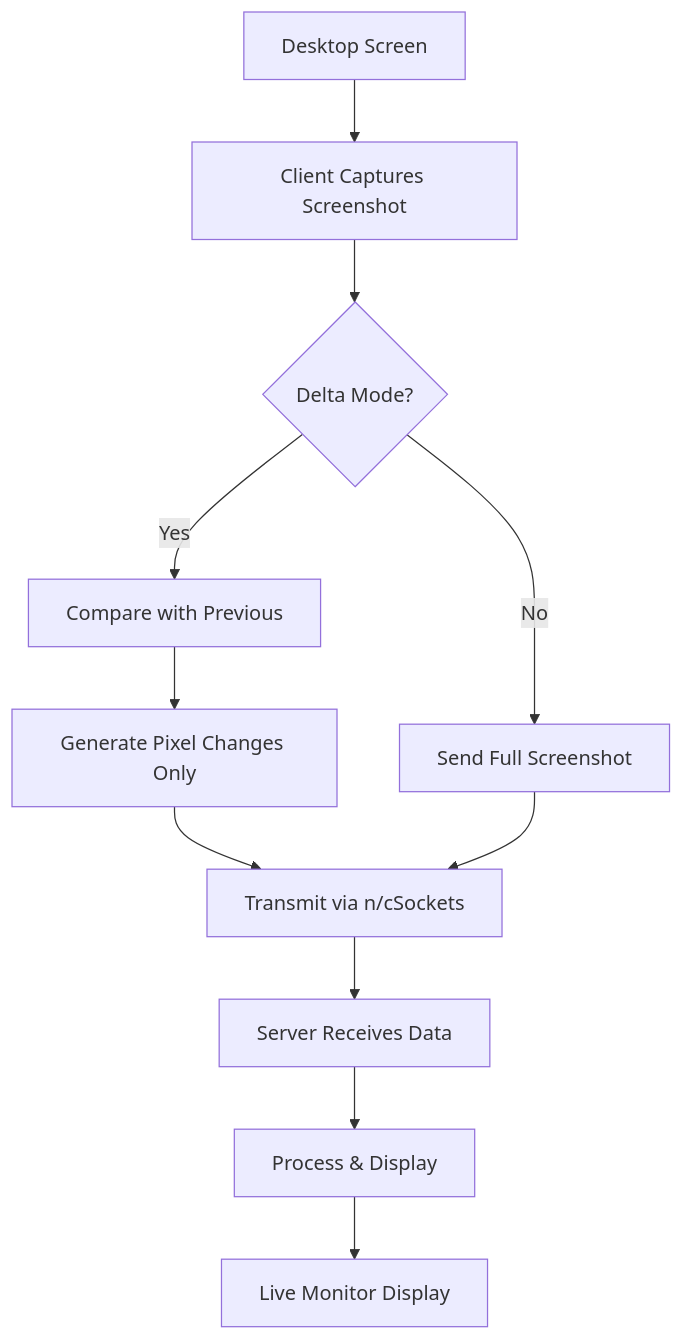
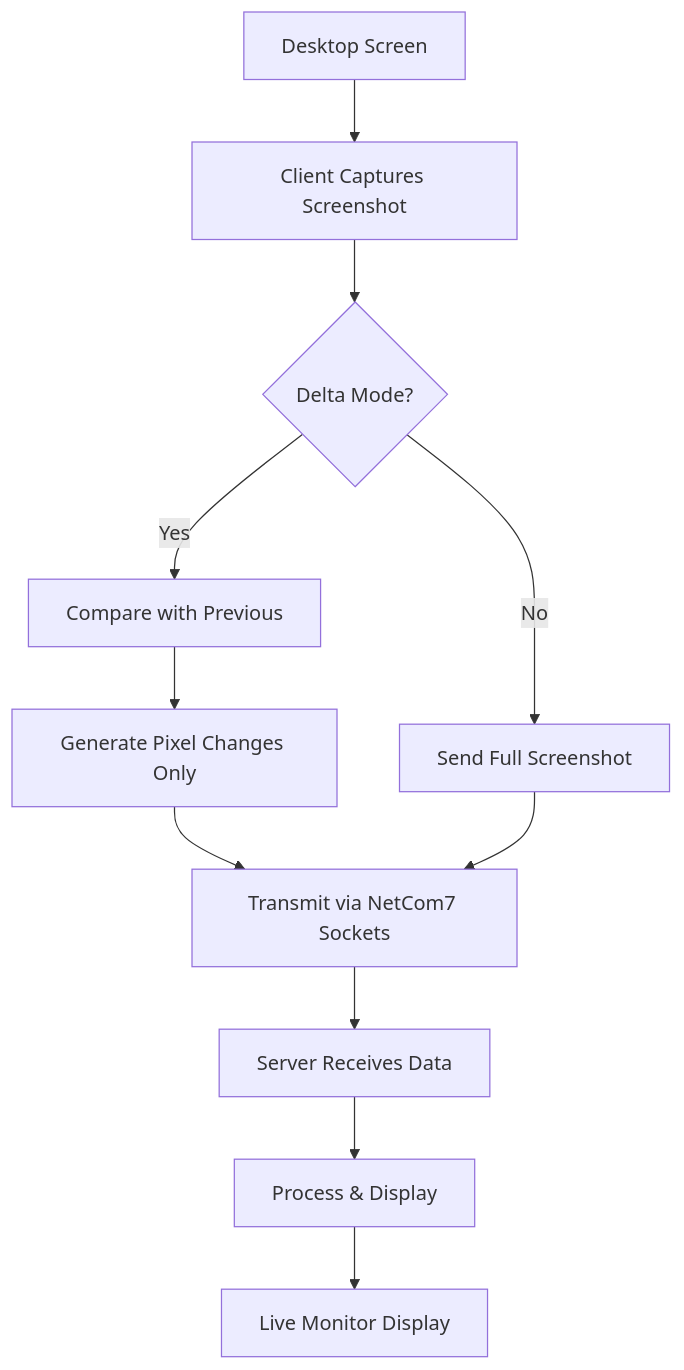
Before and after one commit to BitmasterXor/Delphi_Delta_ScreenShot: the diagram in README.md, drawn with Mermaid. The commit also changed other lines of this file, not shown here.

````diff
--- a/README.md
+++ b/README.md
@@ -32,13 +31,13 @@
 ```mermaid
 graph TD
     A[Desktop Screen] --> B[Client Captures Screenshot]
     B --> C{Delta Mode?}
     C -->|Yes| D[Compare with Previous]
     C -->|No| E[Send Full Screenshot]
     D --> F[Generate Pixel Changes Only]
-    F --> G[Transmit via n/cSockets]
+    F --> G[Transmit via NetCom7 Sockets]
     E --> G
     G --> H[Server Receives Data]
     H --> I[Process & Display]
     I --> J[Live Monitor Display]
 ```
````
